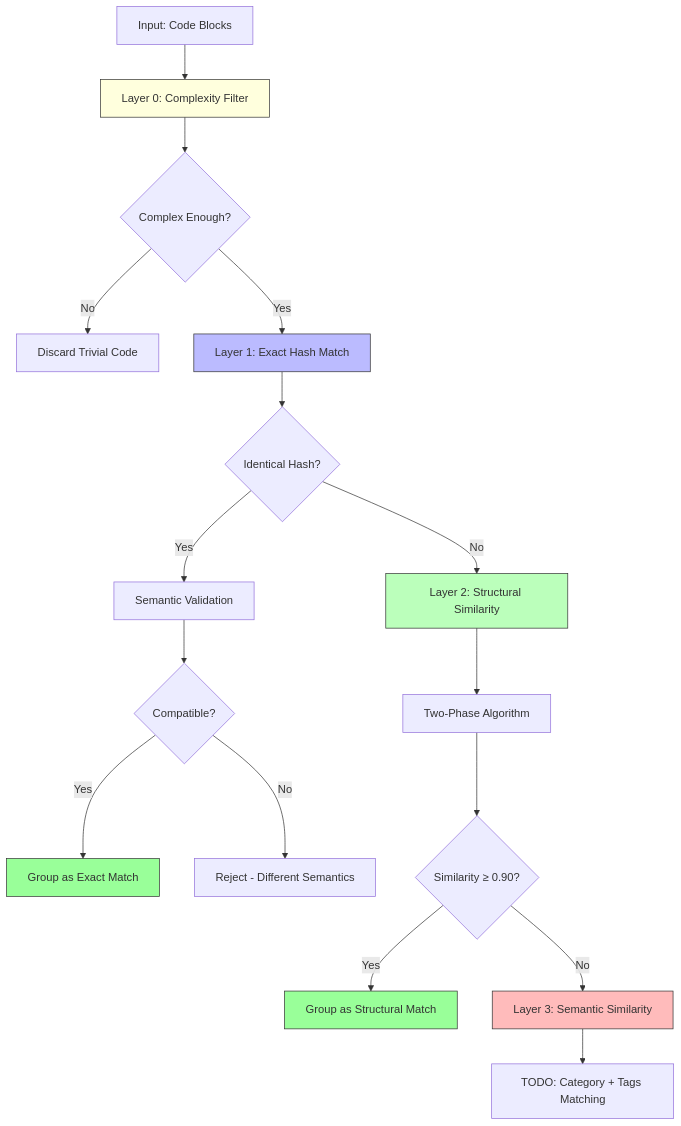
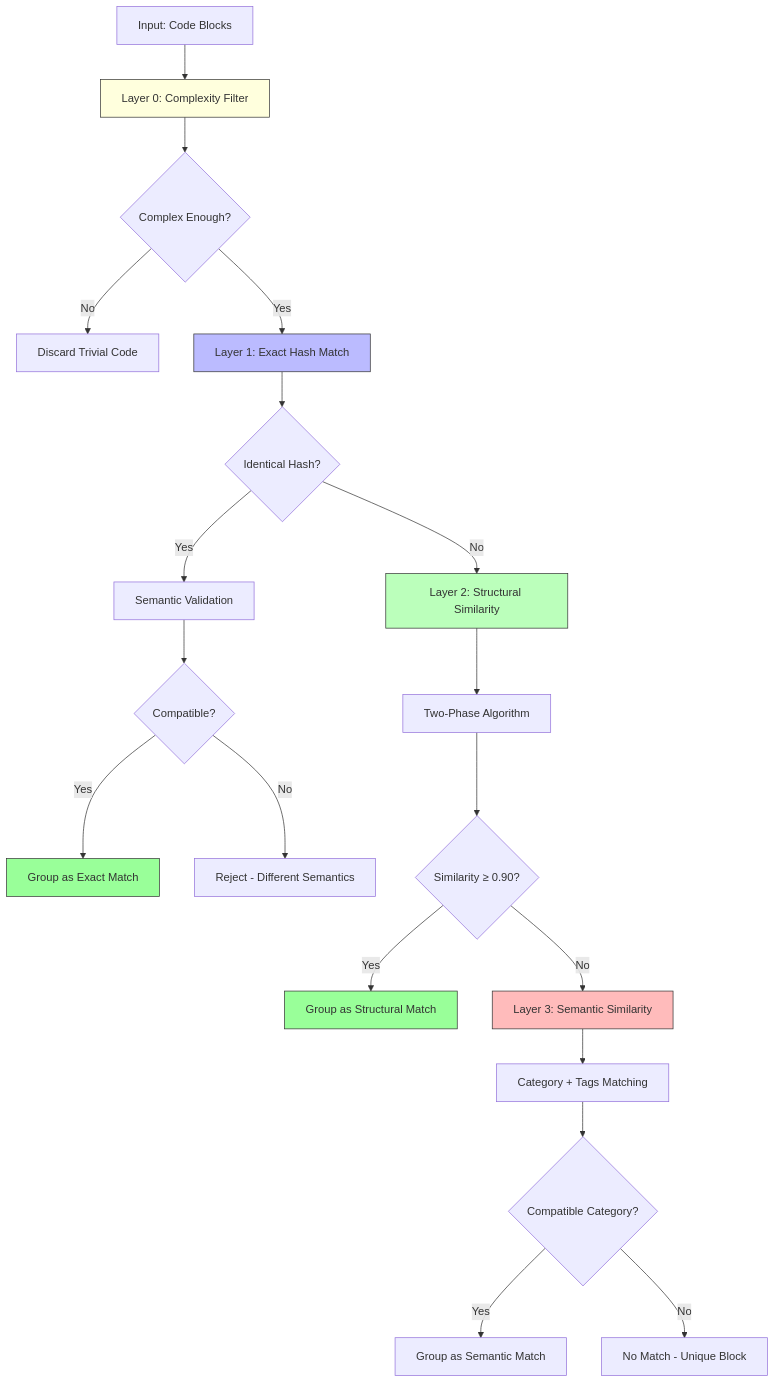
One commit to integritystudio/AlephAuto changed the first of 2 diagrams in docs/architecture/similarity-algorithm.md. Above: the diagram before and after it, drawn with Mermaid. The commit also changed other lines of this file and 2 other files, not shown here.

````diff
--- a/docs/architecture/similarity-algorithm.md
+++ b/docs/architecture/similarity-algorithm.md
@@ -45,25 +45,28 @@
 ```mermaid
 graph TB
     A[Input: Code Blocks] --> L0[Layer 0: Complexity Filter]
     L0 --> B{Complex Enough?}
     B -->|No| Z[Discard Trivial Code]
     B -->|Yes| C[Layer 1: Exact Hash Match]
     C --> D{Identical Hash?}
     D -->|Yes| E[Semantic Validation]
     E --> F{Compatible?}
     F -->|Yes| G[Group as Exact Match]
     F -->|No| H[Reject - Different Semantics]
     D -->|No| I[Layer 2: Structural Similarity]
     I --> J[Two-Phase Algorithm]
     J --> K{Similarity ≥ 0.90?}
     K -->|Yes| L[Group as Structural Match]
     K -->|No| M[Layer 3: Semantic Similarity]
-    M --> N[TODO: Category + Tags Matching]
+    M --> N[Category + Tags Matching]
+    N --> O{Compatible Category?}
+    O -->|Yes| P[Group as Semantic Match]
+    O -->|No| Q[No Match - Unique Block]
 
     style L0 fill:#ffd,stroke:#333
     style C fill:#bbf,stroke:#333
     style I fill:#bfb,stroke:#333
     style M fill:#fbb,stroke:#333
     style G fill:#9f9,stroke:#333
     style L fill:#9f9,stroke:#333
 ```
````
